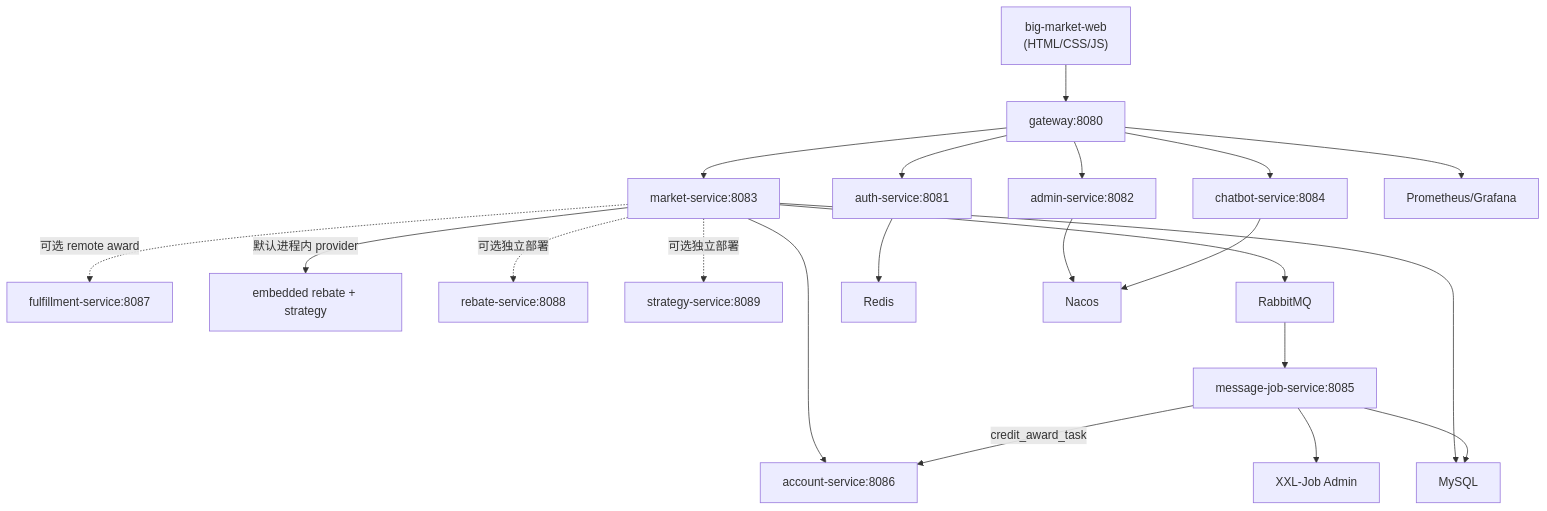
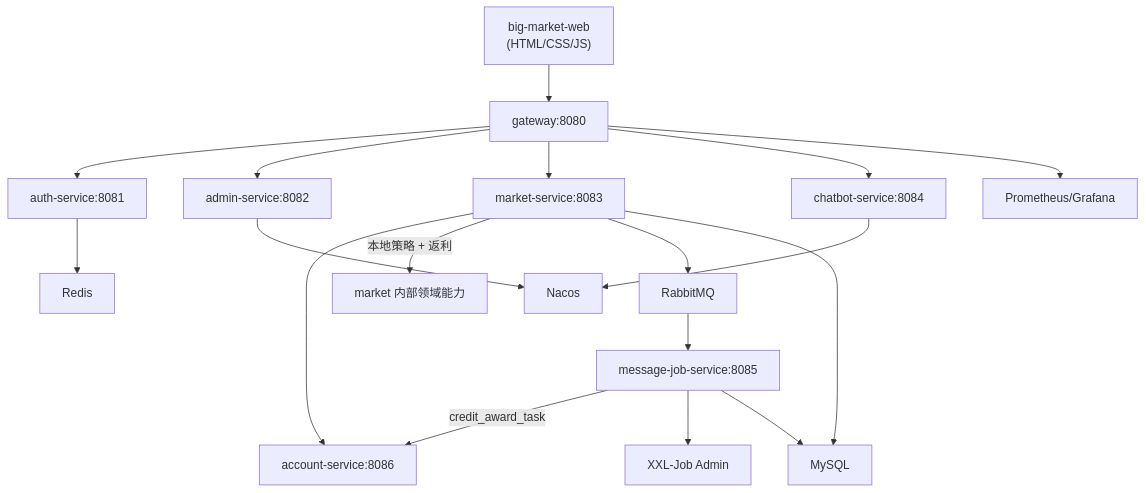
The diagram in docs/learning/03-architecture-overview.md (dyxnb22/big-market-ai-platform), drawn with Mermaid before and after one commit. The commit also changed other lines of this file and 121 other files, not shown here.

````diff
--- a/docs/learning/03-architecture-overview.md
+++ b/docs/learning/03-architecture-overview.md
@@ -7,23 +7,20 @@
 ```mermaid
 flowchart TD
     Web["big-market-web\n(HTML/CSS/JS)"] --> Gateway["gateway:8080"]
     Gateway --> Auth["auth-service:8081"]
     Gateway --> Admin["admin-service:8082"]
     Gateway --> Market["market-service:8083"]
     Gateway --> Chatbot["chatbot-service:8084"]
     Market --> Account["account-service:8086"]
-    Market -.->|"可选 remote award"| Fulfillment["fulfillment-service:8087"]
-    Market -->|"默认进程内 provider"| Embedded["embedded rebate + strategy"]
-    Market -.->|"可选独立部署"| Rebate["rebate-service:8088"]
-    Market -.->|"可选独立部署"| Strategy["strategy-service:8089"]
+    Market -->|"本地策略 + 返利"| Embedded["market 内部领域能力"]
     Market --> MQ["RabbitMQ"]
     MQ --> MessageJob["message-job-service:8085"]
     MessageJob -->|"credit_award_task"| Account
     MessageJob --> XXL["XXL-Job Admin"]
     Auth --> Redis["Redis"]
     Market --> MySQL["MySQL"]
     MessageJob --> MySQL
     Admin --> Nacos["Nacos"]
     Chatbot --> Nacos
     Gateway --> Metrics["Prometheus/Grafana"]
 ```
````
